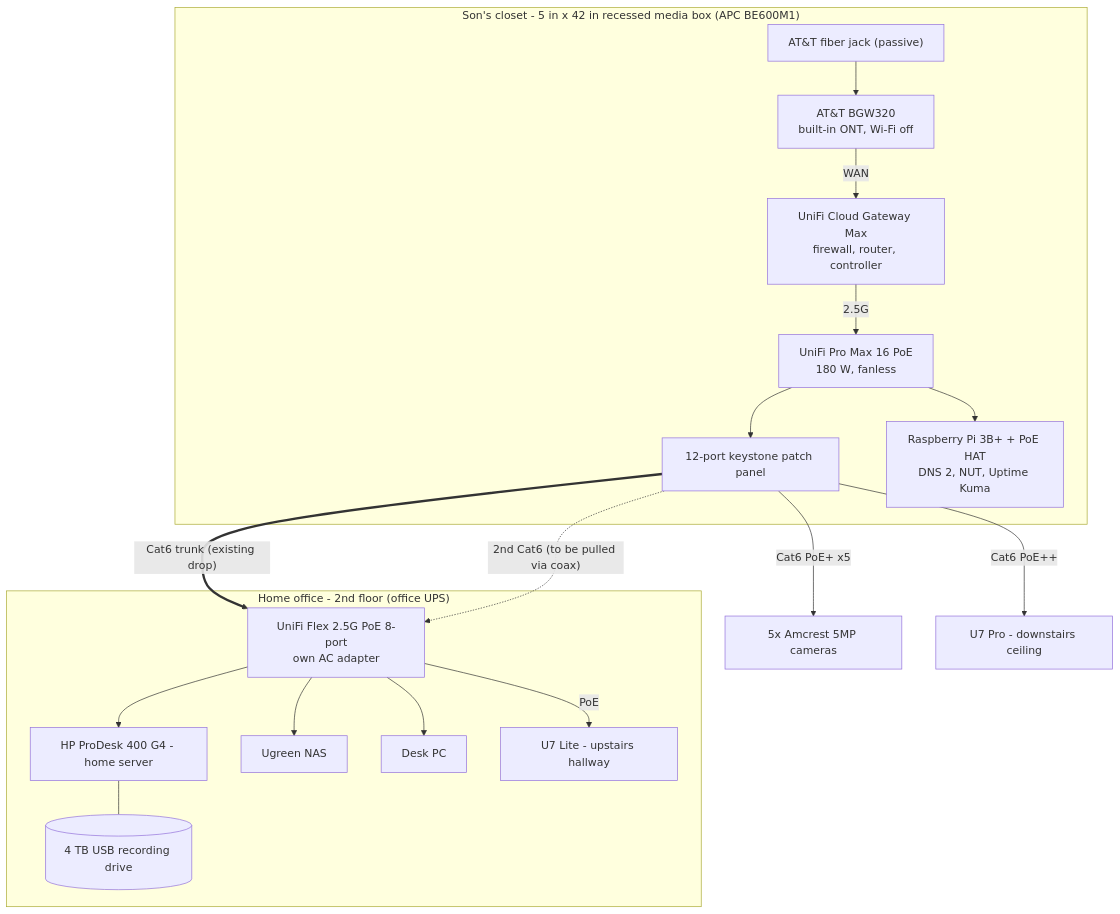
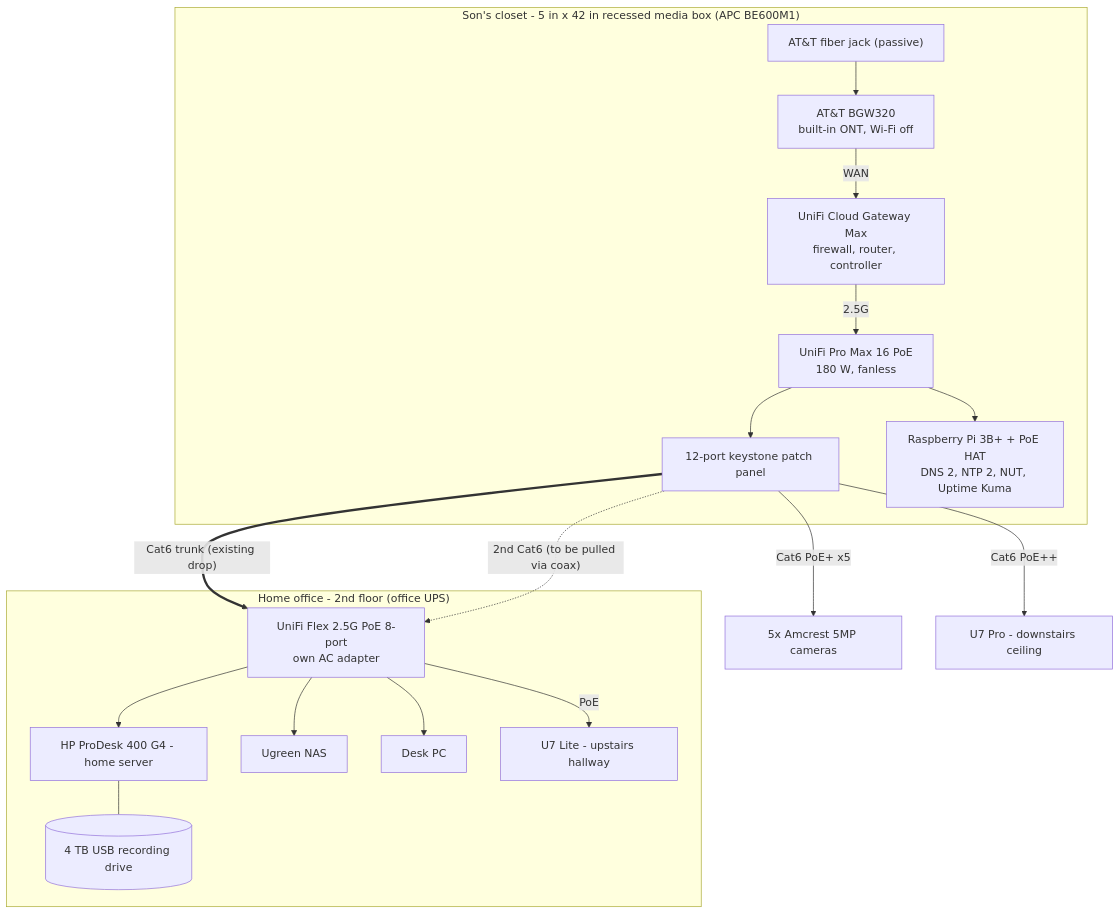
Before and after one commit to mhendricks42/home-network: the first of 3 diagrams in docs/network-architecture.md, drawn with Mermaid. The commit also changed other lines of this file and 3 other files, not shown here.

````diff
--- a/docs/network-architecture.md
+++ b/docs/network-architecture.md
@@ -52,21 +52,21 @@
 ```mermaid
 flowchart TB
   subgraph CLOSET["Son's closet - 5 in x 42 in recessed media box (APC BE600M1)"]
     FJ["AT&T fiber jack (passive)"] --> BGW["AT&T BGW320<br/>built-in ONT, Wi-Fi off"]
     BGW -->|"WAN"| UCG["UniFi Cloud Gateway Max<br/>firewall, router, controller"]
     UCG -->|"2.5G"| SW["UniFi Pro Max 16 PoE<br/>180 W, fanless"]
     SW --> PP["12-port keystone patch panel"]
-    SW --> PI["Raspberry Pi 3B+ + PoE HAT<br/>DNS 2, NUT, Uptime Kuma"]
+    SW --> PI["Raspberry Pi 3B+ + PoE HAT<br/>DNS 2, NTP 2, NUT, Uptime Kuma"]
   end
   PP -->|"Cat6 PoE+ x5"| CAM["5x Amcrest 5MP cameras"]
   PP -->|"Cat6 PoE++"| AP1["U7 Pro - downstairs ceiling"]
   PP ==>|"Cat6 trunk (existing drop)"| FX
   PP -.->|"2nd Cat6 (to be pulled via coax)"| FX
   subgraph OFFICE["Home office - 2nd floor (office UPS)"]
     FX["UniFi Flex 2.5G PoE 8-port<br/>own AC adapter"] --> SRV["HP ProDesk 400 G4 - home server"]
     FX --> NAS["Ugreen NAS"]
     FX --> DESK["Desk PC"]
     FX -->|"PoE"| AP2["U7 Lite - upstairs hallway"]
     SRV --- HDD[("4 TB USB recording drive")]
   end
 ```
````
